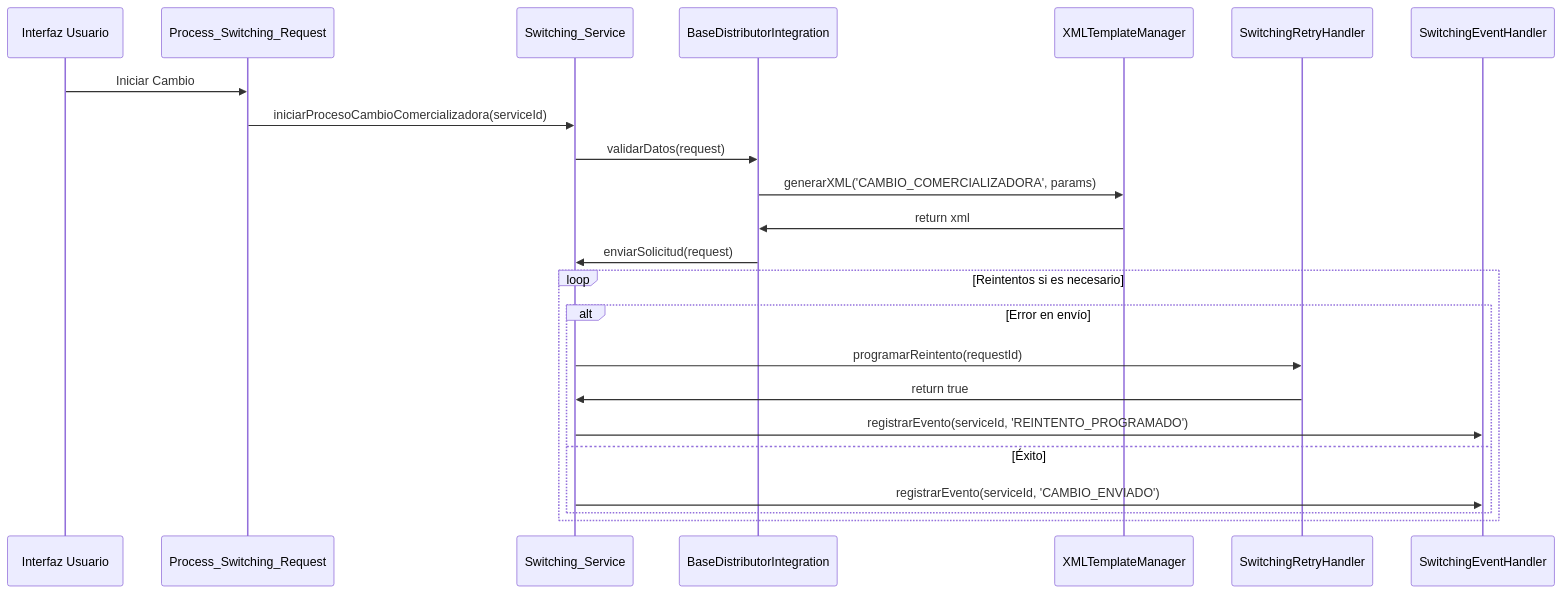
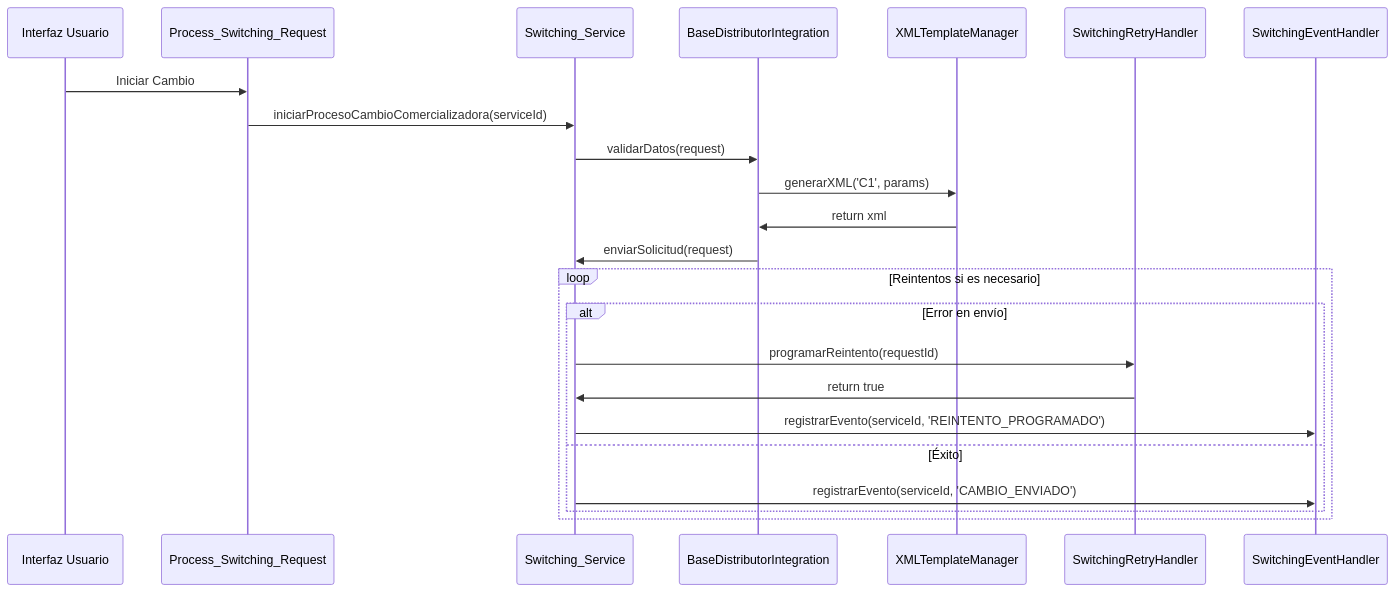
One commit to gugarobles/Switching changed diagram 15 of 18 in README.md. Above: the diagram before and after it, drawn with Mermaid. The commit also changed other lines of this file and 73 other files, not shown here.

````diff
--- a/README.md
+++ b/README.md
@@ -743,27 +741,27 @@
 ```mermaid
 sequenceDiagram
     participant UI as Interfaz Usuario
     participant Flow as Process_Switching_Request
     participant Service as Switching_Service
     participant Integration as BaseDistributorIntegration
     participant Template as XMLTemplateManager
     participant Retry as SwitchingRetryHandler
     participant Event as SwitchingEventHandler
     
     UI->>Flow: Iniciar Cambio
     Flow->>Service: iniciarProcesoCambioComercializadora(serviceId)
     Service->>Integration: validarDatos(request)
-    Integration->>Template: generarXML('CAMBIO_COMERCIALIZADORA', params)
+    Integration->>Template: generarXML('C1', params)
     Template->>Integration: return xml
     Integration->>Service: enviarSolicitud(request)
     
     loop Reintentos si es necesario
         alt Error en envío
             Service->>Retry: programarReintento(requestId)
             Retry->>Service: return true
             Service->>Event: registrarEvento(serviceId, 'REINTENTO_PROGRAMADO')
         else Éxito
             Service->>Event: registrarEvento(serviceId, 'CAMBIO_ENVIADO')
         end
     end
 ```
````
